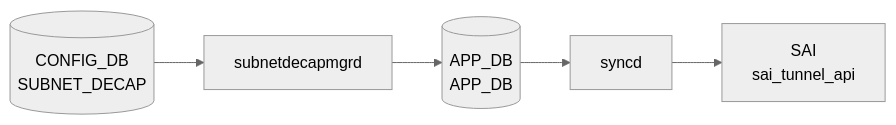
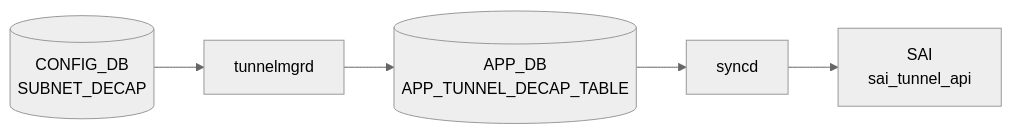
Before and after one commit to aoki-taquan/sonic-unofficial-docs: the diagram in docs/reference/config-db/subnet-decap.md, drawn with Mermaid (neutral theme). The commit also changed 16 other files, not shown here.

First line of the commit message:
chore(cdb-mermaid): add fallback dict for 27 unmapped tables → 121/121

````diff
--- a/docs/reference/config-db/subnet-decap.md
+++ b/docs/reference/config-db/subnet-decap.md
@@ -31,12 +31,12 @@
 ```mermaid
 flowchart LR
   CDB[("CONFIG_DB<br/>SUBNET_DECAP")]
-  DM["subnetdecapmgrd"]
+  DM["tunnelmgrd"]
   CDB --> DM
-  APPDB[("APP_DB<br/>APP_DB")]
+  APPDB[("APP_DB<br/>APP_TUNNEL_DECAP_TABLE")]
   DM --> APPDB
   SYNCD["syncd"]
   APPDB --> SYNCD
   SAI["SAI<br/>sai_tunnel_api"]
   SYNCD --> SAI
 ```
````
